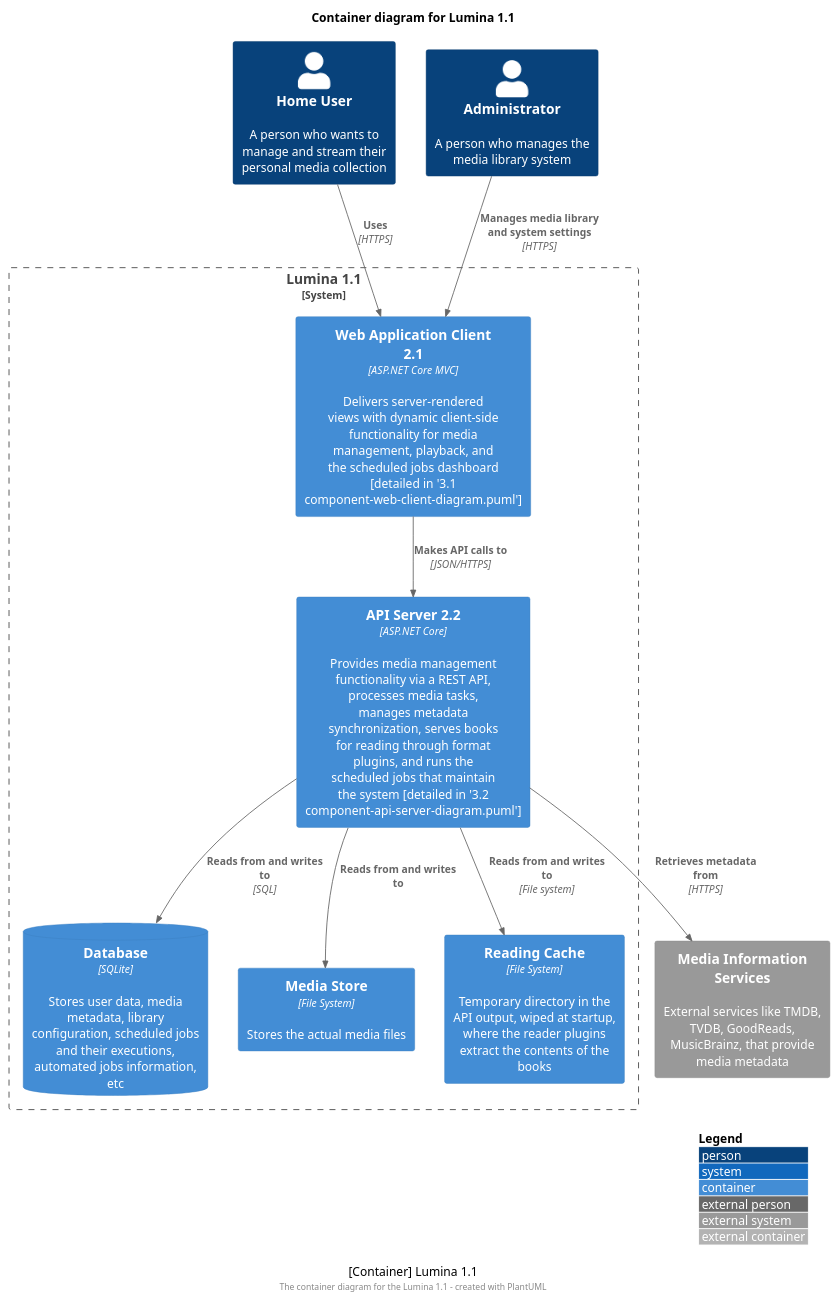
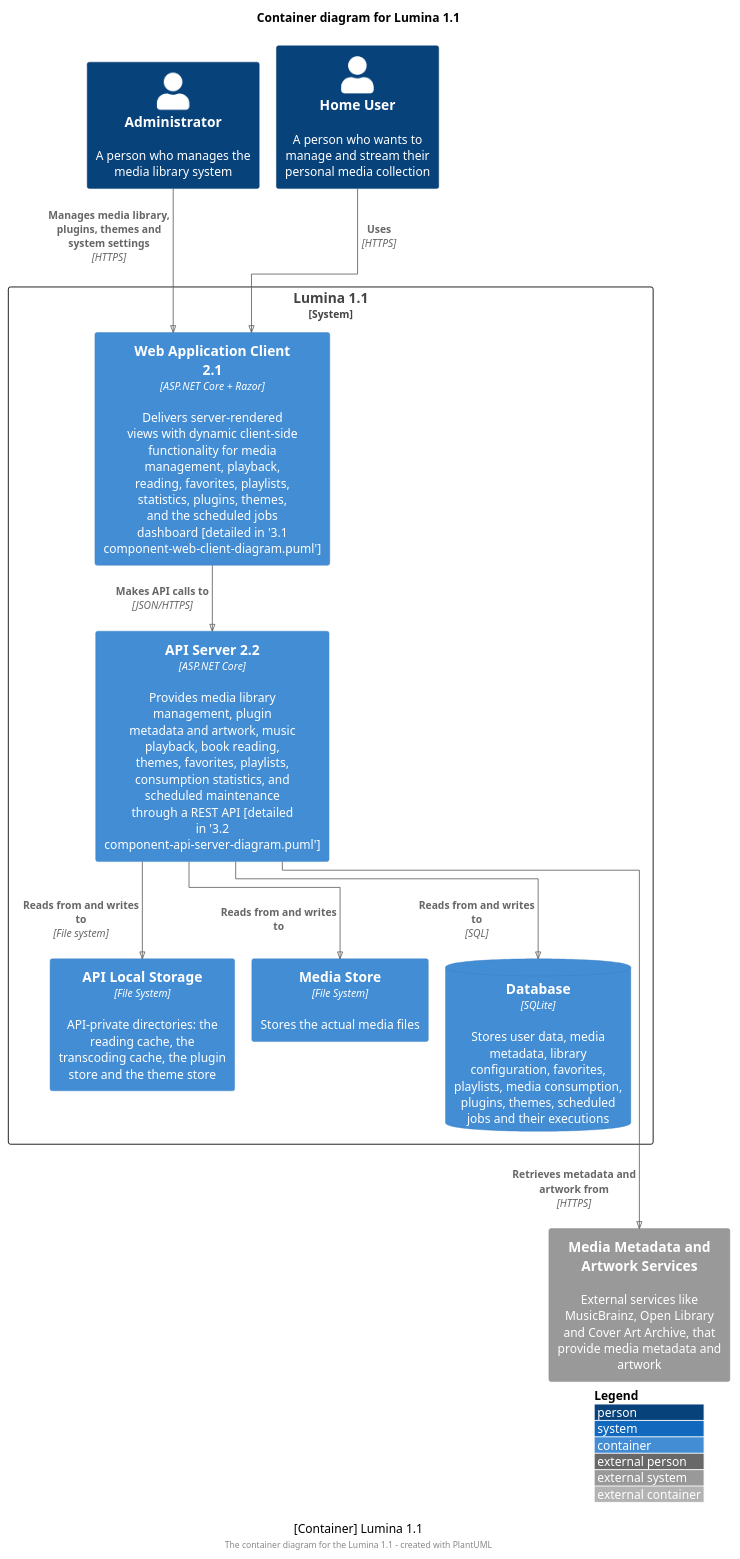
One commit to BinaryAlley/Lumina changed the diagram in docs/technical/architecture/2 container-diagram.puml. Above: the diagram before and after it, drawn with PlantUML. The commit also changed 16 other files, not shown here.

Commit message:
Updates the architecture diagrams and documents the PlantUML rendering workflow.

```diff
--- a/docs/technical/architecture/2 container-diagram.puml
+++ b/docs/technical/architecture/2 container-diagram.puml
@@ -1,35 +1,36 @@
 @startuml Lumina Container Diagram
+!pragma layout elk
 !include <C4/C4_Container>
 
 LAYOUT_WITH_LEGEND()
 title Container diagram for Lumina 1.1
 
 Person(user, "Home User", "A person who wants to manage and stream their personal media collection")
 Person(admin, "Administrator", "A person who manages the media library system")
 
 System_Boundary(c1, "Lumina 1.1") {
-    Container(webapp, "Web Application Client 2.1", "ASP.NET Core MVC", "Delivers server-rendered views with dynamic client-side functionality for media management, playback, and the scheduled jobs dashboard [detailed in '3.1 component-web-client-diagram.puml']")
-    
-    Container(api, "API Server 2.2", "ASP.NET Core", "Provides media management functionality via a REST API, processes media tasks, manages metadata synchronization, serves books for reading through format plugins, and runs the scheduled jobs that maintain the system [detailed in '3.2 component-api-server-diagram.puml']")
-    
-    ContainerDb(db, "Database", "SQLite", "Stores user data, media metadata, library configuration, scheduled jobs and their executions, automated jobs information, etc")
-    
+    Container(webapp, "Web Application Client 2.1", "ASP.NET Core + Razor", "Delivers server-rendered views with dynamic client-side functionality for media management, playback, reading, favorites, playlists, statistics, plugins, themes, and the scheduled jobs dashboard [detailed in '3.1 component-web-client-diagram.puml']")
+
+    Container(api, "API Server 2.2", "ASP.NET Core", "Provides media library management, plugin metadata and artwork, music playback, book reading, themes, favorites, playlists, consumption statistics, and scheduled maintenance through a REST API [detailed in '3.2 component-api-server-diagram.puml']")
+
+    ContainerDb(db, "Database", "SQLite", "Stores user data, media metadata, library configuration, favorites, playlists, media consumption, plugins, themes, scheduled jobs and their executions")
+
     Container(filestore, "Media Store", "File System", "Stores the actual media files")
-    
-    Container(readCache, "Reading Cache", "File System", "Temporary directory in the API output, wiped at startup, where the reader plugins extract the contents of the books")
+
+    Container(apiStorage, "API Local Storage", "File System", "API-private directories: the reading cache, the transcoding cache, the plugin store and the theme store")
 }
 
-System_Ext(metadata, "Media Information Services", "External services like TMDB, TVDB, GoodReads, MusicBrainz, that provide media metadata")
+System_Ext(metadata, "Media Metadata and Artwork Services", "External services like MusicBrainz, Open Library and Cover Art Archive, that provide media metadata and artwork")
 
 Rel(user, webapp, "Uses", "HTTPS")
-Rel(admin, webapp, "Manages media library and system settings", "HTTPS")
+Rel(admin, webapp, "Manages media library, plugins, themes and system settings", "HTTPS")
 Rel(webapp, api, "Makes API calls to", "JSON/HTTPS")
 Rel(api, db, "Reads from and writes to", "SQL")
 Rel(api, filestore, "Reads from and writes to")
-Rel(api, readCache, "Reads from and writes to", "File system")
-Rel(api, metadata, "Retrieves metadata from", "HTTPS")
+Rel(api, apiStorage, "Reads from and writes to", "File system")
+Rel(api, metadata, "Retrieves metadata and artwork from", "HTTPS")
 
 caption [Container] Lumina 1.1
 
 footer The container diagram for the Lumina 1.1 - created with PlantUML
 @enduml
```
